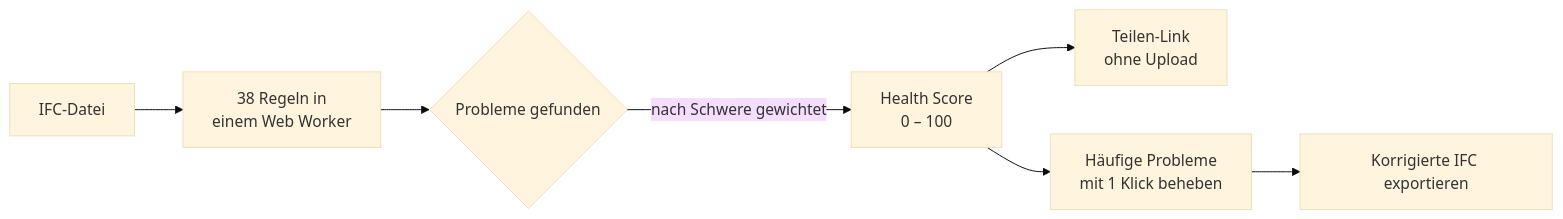
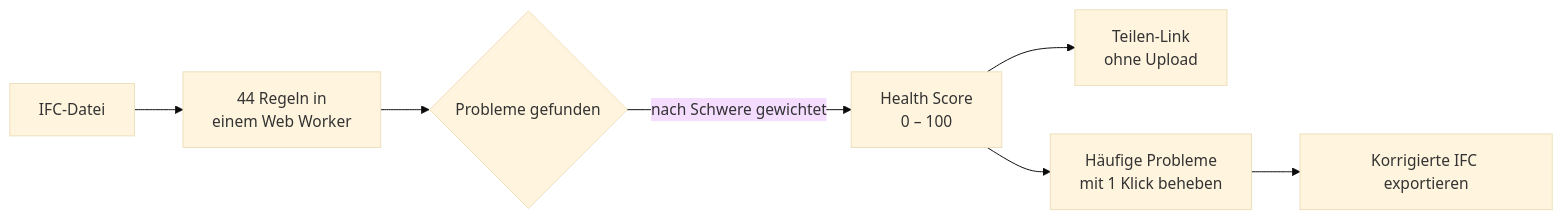
The first of 2 diagrams in README.de.md (j03rul4nd/ifc-viewer-online), drawn with Mermaid (base theme) before and after one commit. The commit also changed other lines of this file and 24 other files, not shown here.

````diff
--- a/README.de.md
+++ b/README.de.md
@@ -125,9 +127,9 @@
 ```mermaid
 flowchart LR
-    A[IFC-Datei] --> B[38 Regeln in<br/>einem Web Worker]
+    A[IFC-Datei] --> B[44 Regeln in<br/>einem Web Worker]
     B --> C{Probleme gefunden}
     C -->|nach Schwere gewichtet| D[Health Score<br/>0 – 100]
     D --> E[Teilen-Link<br/>ohne Upload]
     D --> F[Häufige Probleme<br/>mit 1 Klick beheben]
     F --> G[Korrigierte IFC exportieren]
 ```
````
